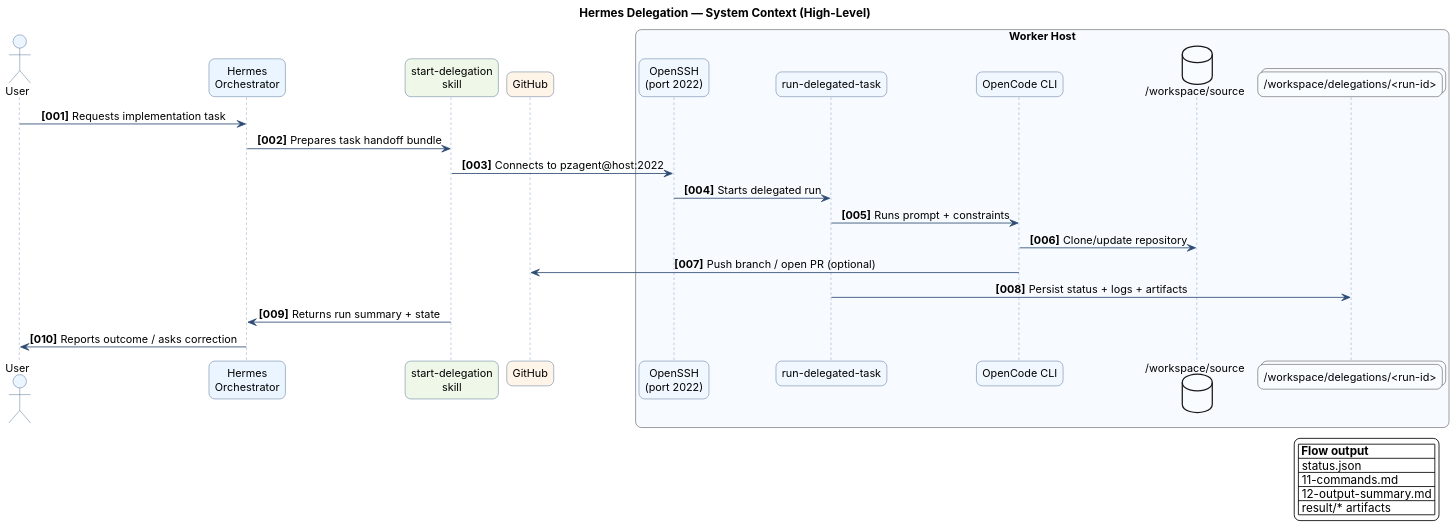
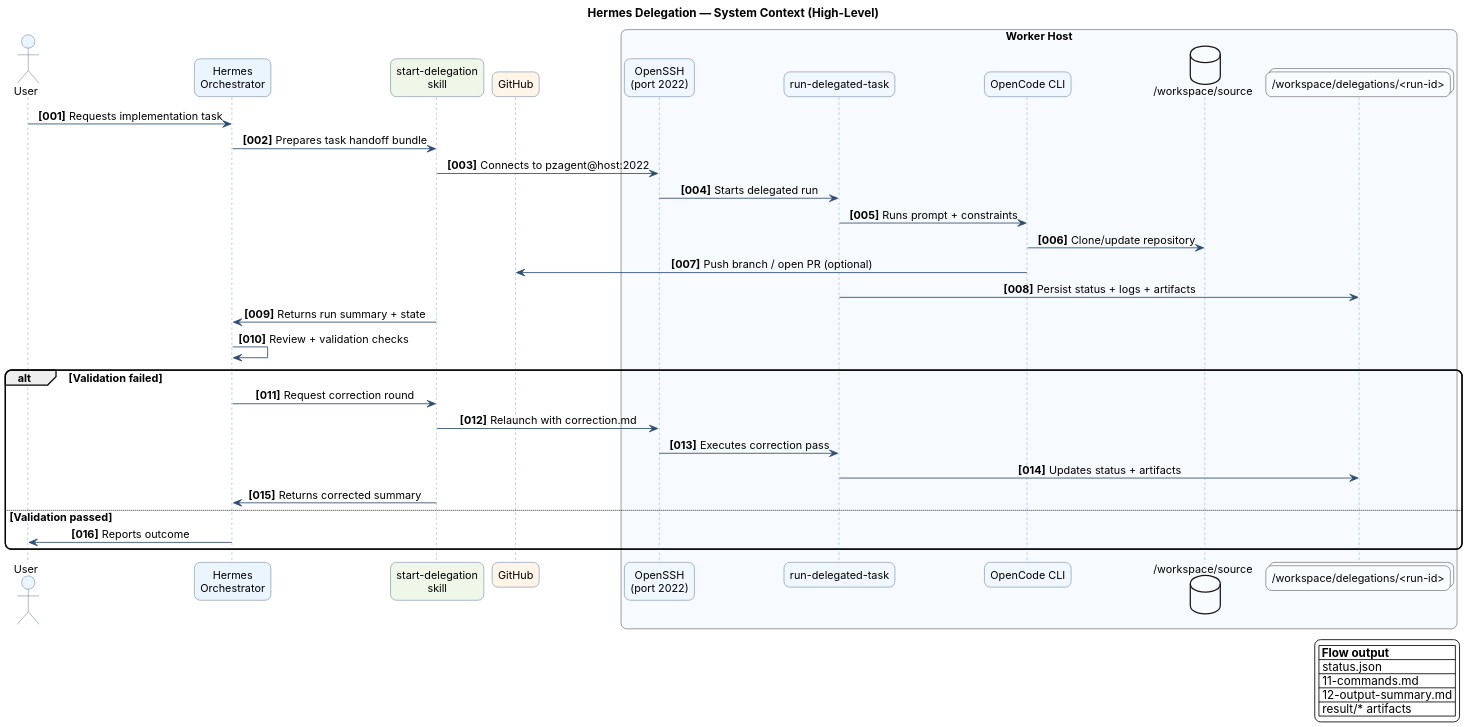
Before and after one commit to smarterworkerai/hermes-delegation: the diagram in docs/diagrams/system-context.puml, drawn with PlantUML. The commit also changed 2 other files, not shown here.

Commit message:
docs: inline step 7 launch command and add review/correction branch to system diagram

```diff
--- a/docs/diagrams/system-context.puml
+++ b/docs/diagrams/system-context.puml
@@ -1,60 +1,69 @@
 @startuml
 ' =============================================================
 ' Hermes Delegation - System Context
 ' =============================================================
 title Hermes Delegation — System Context (High-Level)
 
 skinparam backgroundColor #FFFFFF
 skinparam dpi 160
 skinparam shadowing false
 skinparam defaultFontName Inter
 skinparam defaultFontSize 13
 skinparam roundcorner 14
 skinparam ArrowColor #2D4B73
 skinparam ArrowThickness 1
 skinparam sequence {
   MessageAlign center
   ArrowColor #2D4B73
   LifeLineBorderColor #6E8FB5
   LifeLineBackgroundColor #F7FAFF
   ParticipantBorderColor #3B5B84
   ParticipantBackgroundColor #EEF4FF
   ActorBorderColor #3B5B84
   ActorBackgroundColor #EEF4FF
 }
 
 actor "User" as User #EAF5FF
 participant "Hermes\nOrchestrator" as Hermes #EAF5FF
 participant "start-delegation\nskill" as Skill #EEF7E8
 participant "GitHub" as GitHub #FFF4E8
 
 box "Worker Host" #F7FAFF
   participant "OpenSSH\n(port 2022)" as SSH #F0F7FF
   participant "run-delegated-task" as Runner #F0F7FF
   participant "OpenCode CLI" as OpenCode #F0F7FF
   database "/workspace/source" as Source #F9FCFF
   collections "/workspace/delegations/<run-id>" as Runs #F9FCFF
 end box
 
 autonumber "<b>[000]"
 
 User -> Hermes : Requests implementation task
 Hermes -> Skill : Prepares task handoff bundle
 Skill -> SSH : Connects to pzagent@host:2022
 SSH -> Runner : Starts delegated run
 Runner -> OpenCode : Runs prompt + constraints
 OpenCode -> Source : Clone/update repository
 OpenCode -> GitHub : Push branch / open PR (optional)
 Runner -> Runs : Persist status + logs + artifacts
 Skill -> Hermes : Returns run summary + state
-Hermes -> User : Reports outcome / asks correction
+Hermes -> Hermes : Review + validation checks
+alt Validation failed
+  Hermes -> Skill : Request correction round
+  Skill -> SSH : Relaunch with correction.md
+  SSH -> Runner : Executes correction pass
+  Runner -> Runs : Updates status + artifacts
+  Skill -> Hermes : Returns corrected summary
+else Validation passed
+  Hermes -> User : Reports outcome
+end
 
 legend right
 |= Flow output |
 | status.json |
 | 11-commands.md |
 | 12-output-summary.md |
 | result/* artifacts |
 endlegend
 
 @enduml
```
